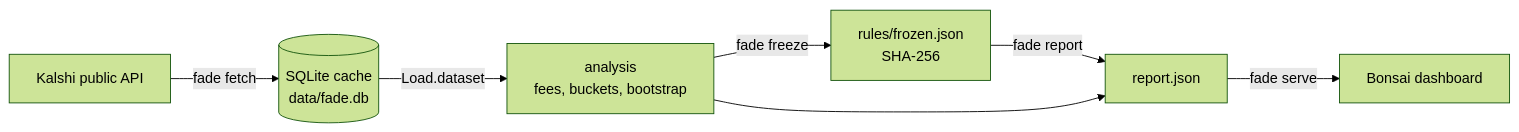
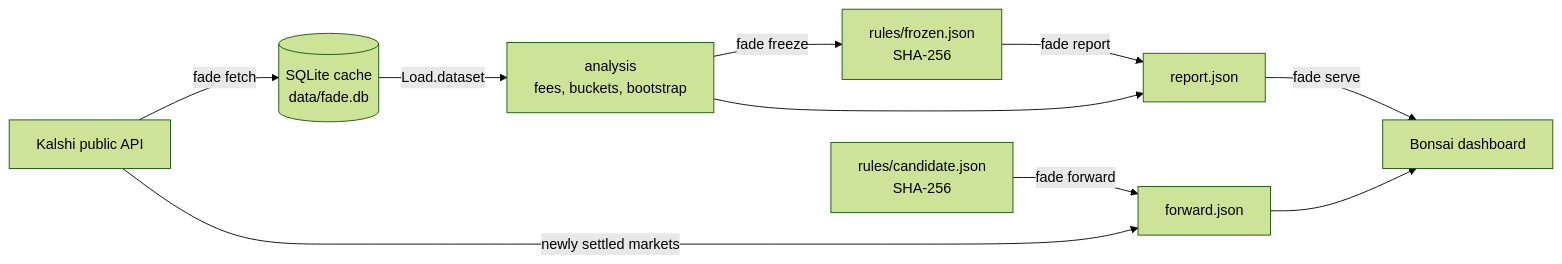
The diagram in README.md (aryamanchhikara/fade), drawn with Mermaid (forest theme) before and after one commit. The commit also changed other lines of this file and 26 other files, not shown here.

````diff
--- a/README.md
+++ b/README.md
@@ -80,9 +132,12 @@
 ```mermaid
 flowchart LR
   A[Kalshi public API] -->|fade fetch| B[(SQLite cache<br/>data/fade.db)]
   B -->|Load.dataset| C[analysis<br/>fees, buckets, bootstrap]
   C -->|fade freeze| R[rules/frozen.json<br/>SHA-256]
   R -->|fade report| D[report.json]
   C --> D
   D -->|fade serve| E[Bonsai dashboard]
+  K[rules/candidate.json<br/>SHA-256] -->|fade forward| F[forward.json]
+  A -->|newly settled markets| F
+  F --> E
 ```
````
